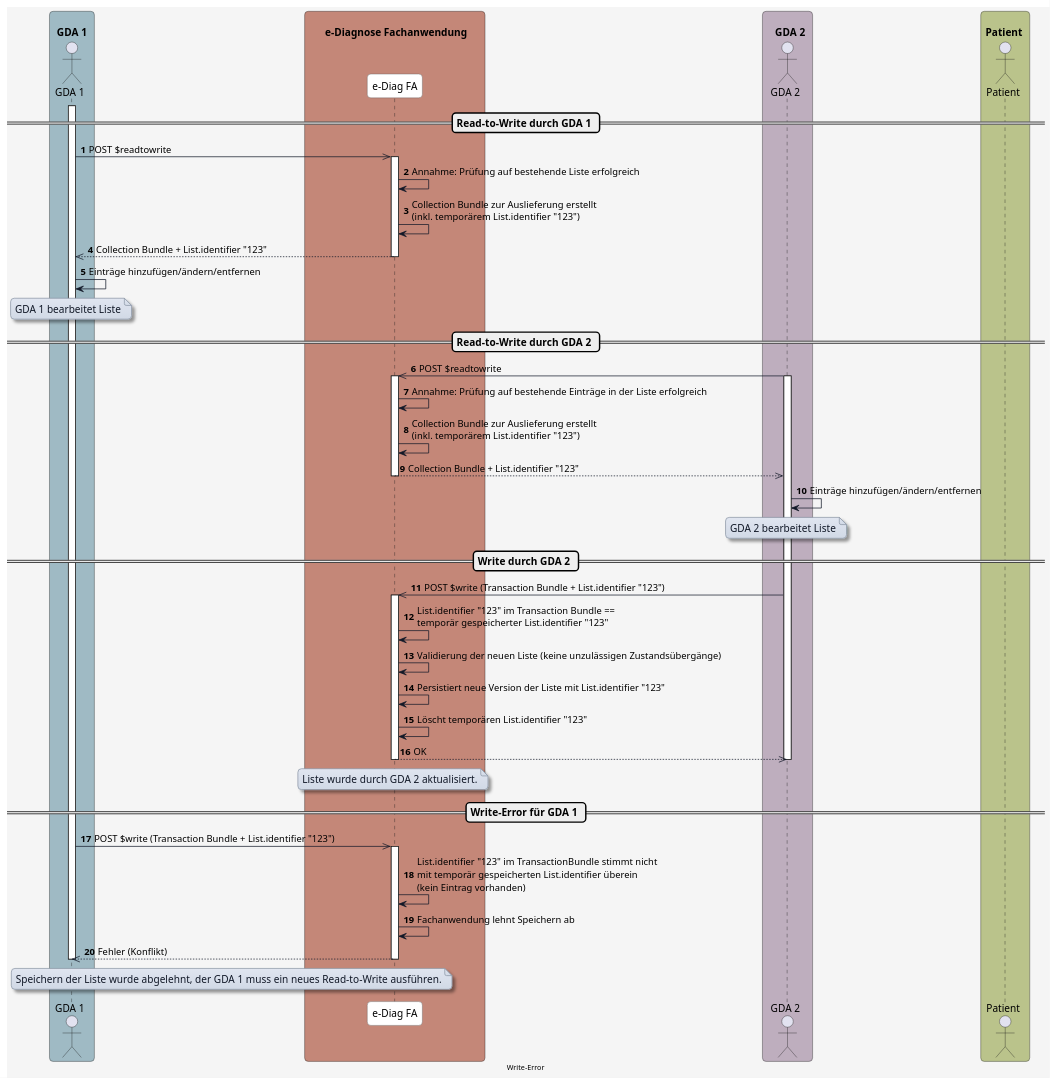
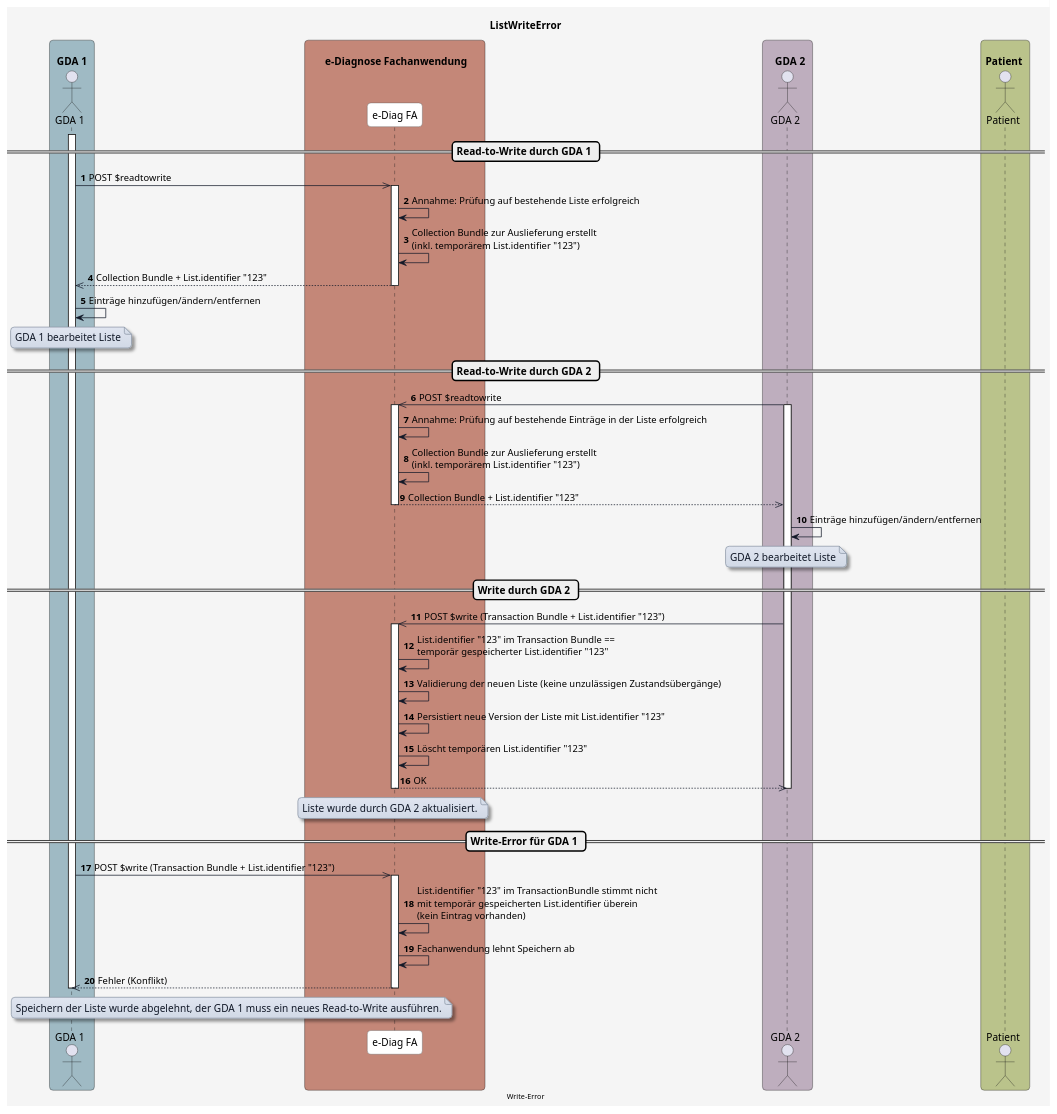
Before and after one commit to HL7Austria/ELGA-e-Diagnose-R4: the diagram in plantuml/diagram_write_error.plantuml, drawn with PlantUML. The commit also changed 5 other files, not shown here.

```diff
--- a/plantuml/diagram_write_error.plantuml
+++ b/plantuml/diagram_write_error.plantuml
@@ -1,131 +1,133 @@
 @startuml
+title ListWriteError
+
 skinparam borderColor #000000
 skinparam backgroundColor #f5f5f5
 skinparam shadowing false
 skinparam roundCorner 10
 skinparam defaultFontName "Arial"
 skinparam defaultFontSize 14
 skinparam defaultFontColor #000000
 
 skinparam note {
   BackgroundColor #e0e5f0-#d1d9e6
   BorderColor #8b95a5
   BorderThickness 1
   RoundCorner 8
   Padding 6
   FontColor #111827
   Shadowing true
 }
 
 skinparam HyperlinkColor #0000EE
 skinparam HyperlinkUnderline false
 
 skinparam sequence {
   ParticipantBorderColor #555555
   ParticipantBackgroundColor #ffffff
   ParticipantFontColor #000000
   ParticipantFontSize 14
   ParticipantPadding 20
   ArrowColor #111827
   ArrowThickness 1
   ArrowFontColor #000000
   ArrowFontSize 13
   GroupBorderColor #111827
   GroupBackgroundColor #eef2ff
   GroupBorderThickness 2
 }
 
 skinparam BoxPadding 20
 skinparam BoxBorderColor #555555
 
 box "\n  GDA 1  " #9fbac4
   actor GDA_1 as "GDA 1"
 end box
 
 box "\n       e-Diagnose Fachanwendung      " #C48778
   participant eDiag_FA as "e-Diag FA"
 end box
 
 box "\n    GDA 2  " #beaebe
   actor GDA_2 as "GDA 2"
 end box
 
 box "\n Patient  " #bac38b
   actor Patient as "Patient"
 end box
 
 
 autonumber
 
  
 == Read-to-Write durch GDA 1 ==
 activate GDA_1
 GDA_1 ->> eDiag_FA: POST $readtowrite
 
 activate eDiag_FA
 eDiag_FA -> eDiag_FA: Annahme: Prüfung auf bestehende Liste erfolgreich
 eDiag_FA -> eDiag_FA: Collection Bundle zur Auslieferung erstellt\n(inkl. temporärem List.identifier "123")
 
 eDiag_FA -->> GDA_1: Collection Bundle + List.identifier "123"
 deactivate eDiag_FA
 
 GDA_1 -> GDA_1: Einträge hinzufügen/ändern/entfernen
 
 note over GDA_1
 GDA 1 bearbeitet Liste
 end note
 
 == Read-to-Write durch GDA 2 ==
 
 GDA_2 ->> eDiag_FA: POST $readtowrite
 activate GDA_2
 
 activate eDiag_FA
 eDiag_FA -> eDiag_FA: Annahme: Prüfung auf bestehende Einträge in der Liste erfolgreich
 eDiag_FA -> eDiag_FA: Collection Bundle zur Auslieferung erstellt\n(inkl. temporärem List.identifier "123")
 
 eDiag_FA -->> GDA_2: Collection Bundle + List.identifier "123"
 deactivate eDiag_FA
 
 GDA_2 -> GDA_2: Einträge hinzufügen/ändern/entfernen
 
 note over GDA_2
 GDA 2 bearbeitet Liste
 end note
 
 == Write durch GDA 2 ==
 
 GDA_2 ->> eDiag_FA: POST $write (Transaction Bundle + List.identifier "123")
 
 activate eDiag_FA
 eDiag_FA -> eDiag_FA: List.identifier "123" im Transaction Bundle ==\ntemporär gespeicherter List.identifier "123"
 eDiag_FA -> eDiag_FA: Validierung der neuen Liste (keine unzulässigen Zustandsübergänge)
 eDiag_FA -> eDiag_FA: Persistiert neue Version der Liste mit List.identifier "123"
 eDiag_FA -> eDiag_FA: Löscht temporären List.identifier "123"
 eDiag_FA -->> GDA_2: OK 
 deactivate GDA_2
 
 note over eDiag_FA
 Liste wurde durch GDA 2 aktualisiert.
 end note
 
 deactivate eDiag_FA
 
 == Write-Error für GDA 1 ==
 
 GDA_1 ->> eDiag_FA: POST $write (Transaction Bundle + List.identifier "123")
 
 activate eDiag_FA
 eDiag_FA -> eDiag_FA: List.identifier "123" im TransactionBundle stimmt nicht\nmit temporär gespeicherten List.identifier überein\n(kein Eintrag vorhanden)
 eDiag_FA -> eDiag_FA: Fachanwendung lehnt Speichern ab
 eDiag_FA -->> GDA_1: Fehler (Konflikt)
 deactivate GDA_1
 note over eDiag_FA, GDA_1
 Speichern der Liste wurde abgelehnt, der GDA 1 muss ein neues Read-to-Write ausführen.
 end note
 
 deactivate eDiag_FA
 
 center footer Write-Error
 
 @enduml
```
